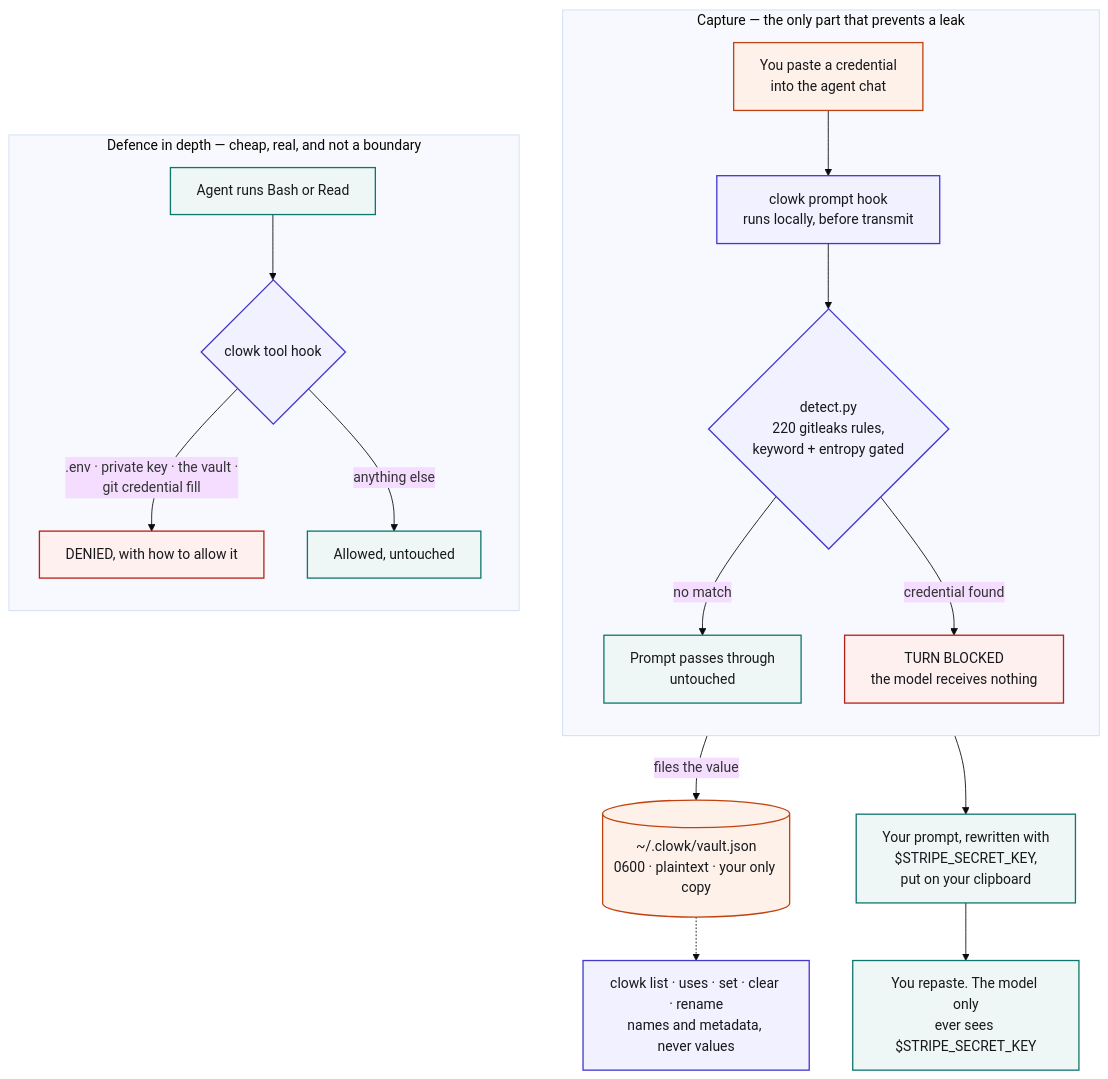
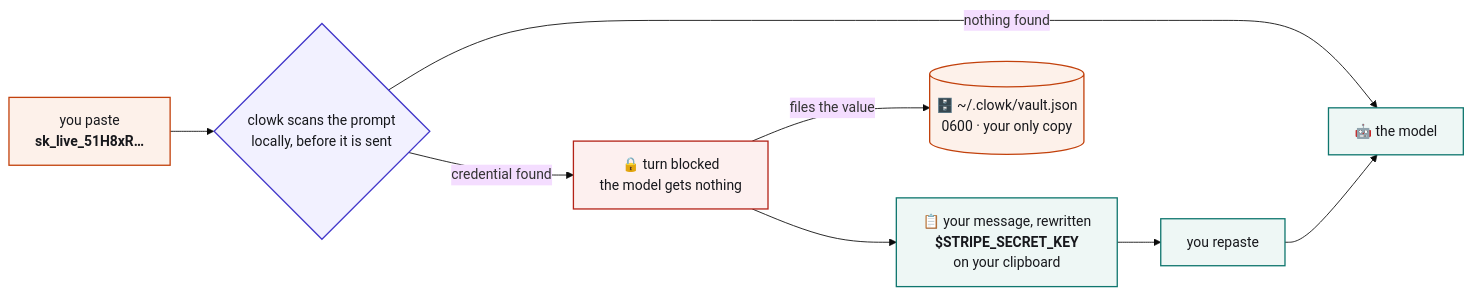
The first of 3 diagrams in README.md (Aniumbott/clowk), drawn with Mermaid (base theme) before and after one commit. The commit also changed other lines of this file and 2 other files, not shown here.

First line of the commit message:
docs: a blocked prompt reaches the disk, and the README says less

````diff
--- a/README.md
+++ b/README.md
@@ -48,39 +14,21 @@
 ```mermaid
-flowchart TD
-    subgraph capture["Capture — the only part that prevents a leak"]
-        direction TB
-        A["You paste a credential<br/>into the agent chat"]:::secret
-        B["clowk prompt hook<br/>runs locally, before transmit"]:::tool
-        C{"detect.py<br/>220 gitleaks rules,<br/>keyword + entropy gated"}:::tool
-        D["Prompt passes through<br/>untouched"]:::ref
-        E["TURN BLOCKED<br/>the model receives nothing"]:::blocked
-        A --> B --> C
-        C -->|"no match"| D
-        C -->|"credential found"| E
-    end
+flowchart LR
+    A["you paste<br/><b>sk_live_51H8xR…</b>"]:::secret
+    B{"clowk scans the prompt<br/>locally, before it is sent"}:::tool
+    X["🔒 turn blocked<br/>the model gets nothing"]:::blocked
+    V[("🗄️ ~/.clowk/vault.json<br/>0600 · your only copy")]:::secret
+    P["📋 your message, rewritten<br/><b>$STRIPE_SECRET_KEY</b><br/>on your clipboard"]:::ref
+    R["you repaste"]:::ref
+    M["🤖 the model"]:::ref
 
-    V[("~/.clowk/vault.json<br/>0600 · plaintext · your only copy")]:::secret
-    F["Your prompt, rewritten with<br/>$STRIPE_SECRET_KEY,<br/>put on your clipboard"]:::ref
-    G["You repaste. The model only<br/>ever sees $STRIPE_SECRET_KEY"]:::ref
-    L["clowk list · uses · set · clear · rename<br/>names and metadata, never values"]:::tool
-
-    E -->|"files the value"| V
-    E --> F --> G
-    V -.-> L
-
-    subgraph guard["Defence in depth — cheap, real, and not a boundary"]
-        direction TB
-        H["Agent runs Bash or Read"]:::ref
-        I{"clowk tool hook"}:::tool
-        J["DENIED, with how to allow it"]:::blocked
-        K["Allowed, untouched"]:::ref
-        H --> I
-        I -->|".env · private key · the vault ·<br/>git credential fill"| J
-        I -->|"anything else"| K
-    end
+    A --> B
+    B -->|"nothing found"| M
+    B -->|"credential found"| X
+    X -->|"files the value"| V
+    X --> P --> R --> M
 
     classDef secret fill:#fdf1ea,stroke:#c2410c,stroke-width:1.5px,color:#17181c
     classDef ref fill:#eef7f5,stroke:#0f766e,stroke-width:1.5px,color:#17181c
     classDef tool fill:#f2f1ff,stroke:#4338ca,stroke-width:1.5px,color:#17181c
     classDef blocked fill:#fdf0ef,stroke:#b42318,stroke-width:1.5px,color:#17181c
 ```
````
